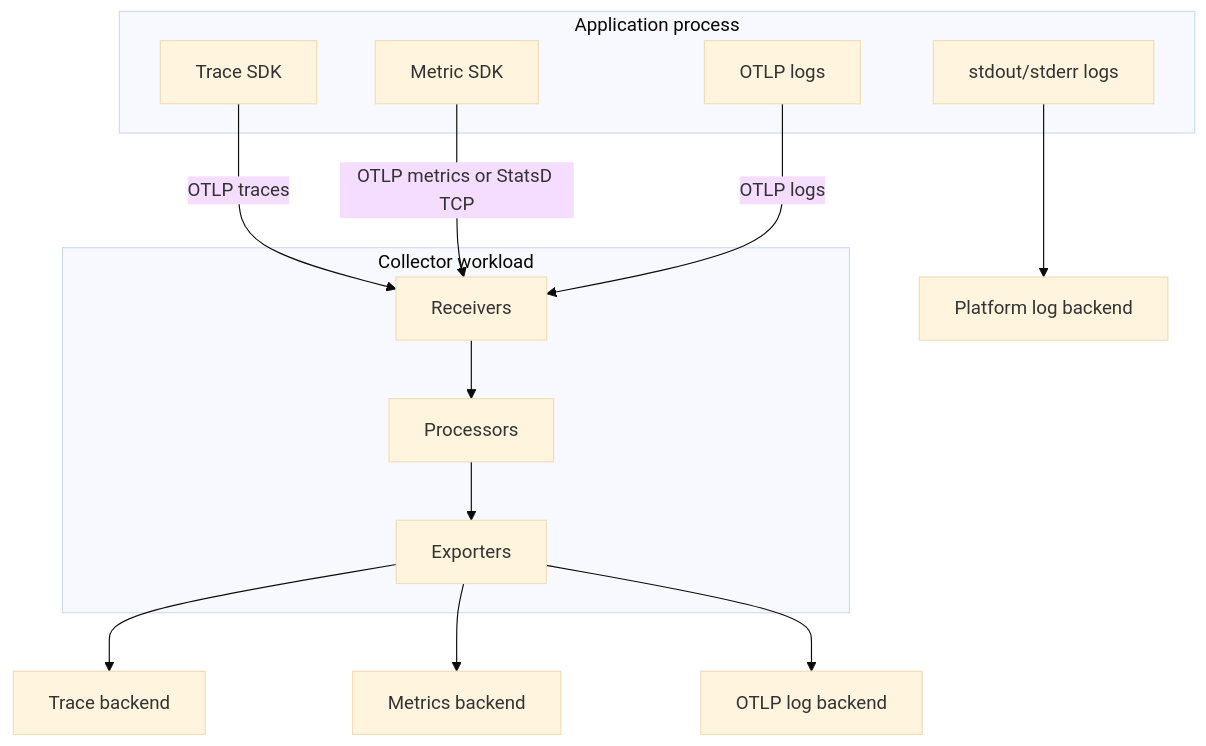
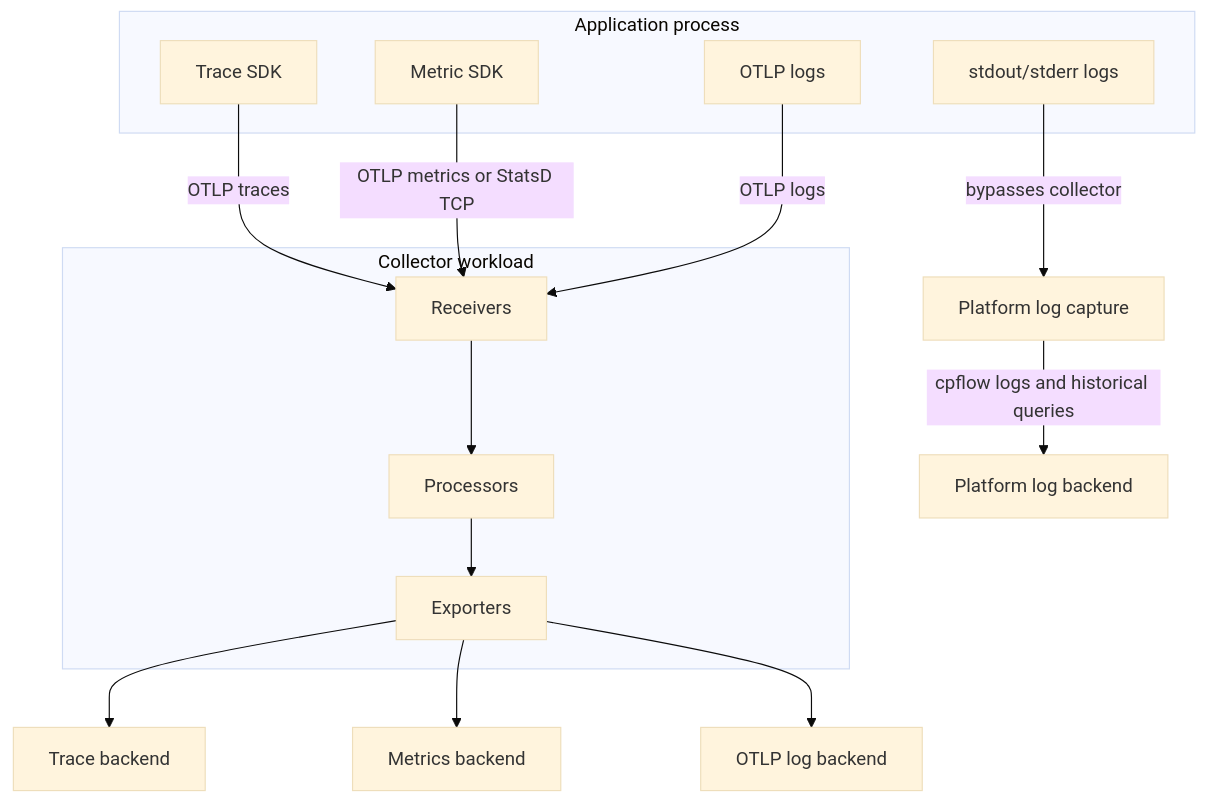
Before and after one commit to shakacode/control-plane-flow: the second of 2 diagrams in docs/telemetry.md, drawn with Mermaid (base theme). The commit also changed other lines of this file and 3 other files, not shown here.

````diff
--- a/docs/telemetry.md
+++ b/docs/telemetry.md
@@ -66,30 +66,32 @@
 ```mermaid
 flowchart TB
   subgraph app["Application process"]
     trace_sdk["Trace SDK"]
     metric_sdk["Metric SDK"]
     otlp_logs["OTLP logs"]
     stdout_logs["stdout/stderr logs"]
   end
 
   subgraph collector["Collector workload"]
     receivers["Receivers"]
     processors["Processors"]
     exporters["Exporters"]
   end
 
   traces["Trace backend"]
   metrics["Metrics backend"]
   logs["OTLP log backend"]
-  platform_logs["Platform log backend"]
+  platform_logs["Platform log capture"]
+  platform_logs_backend["Platform log backend"]
 
   trace_sdk -->|"OTLP traces"| receivers
   metric_sdk -->|"OTLP metrics or StatsD TCP"| receivers
   otlp_logs -->|"OTLP logs"| receivers
-  stdout_logs --> platform_logs
+  stdout_logs -->|"bypasses collector"| platform_logs
+  platform_logs -->|"cpflow logs and historical queries"| platform_logs_backend
   receivers --> processors
   processors --> exporters
   exporters --> traces
   exporters --> metrics
   exporters --> logs
 ```
````
